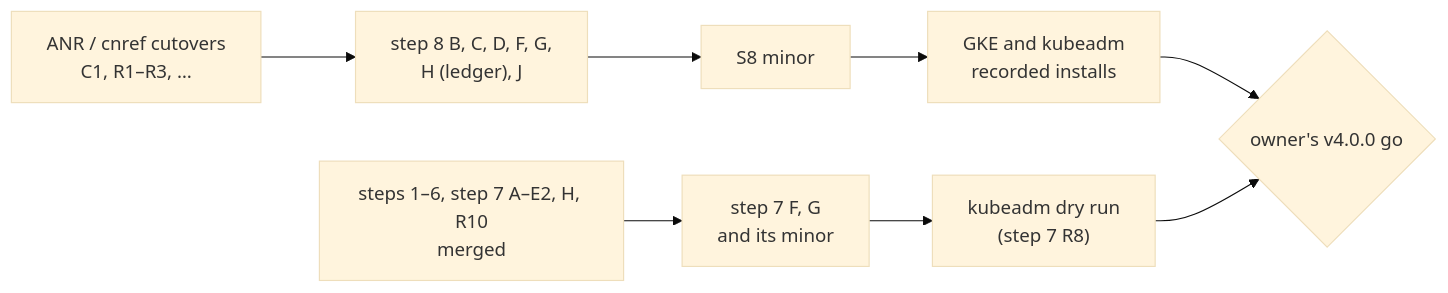
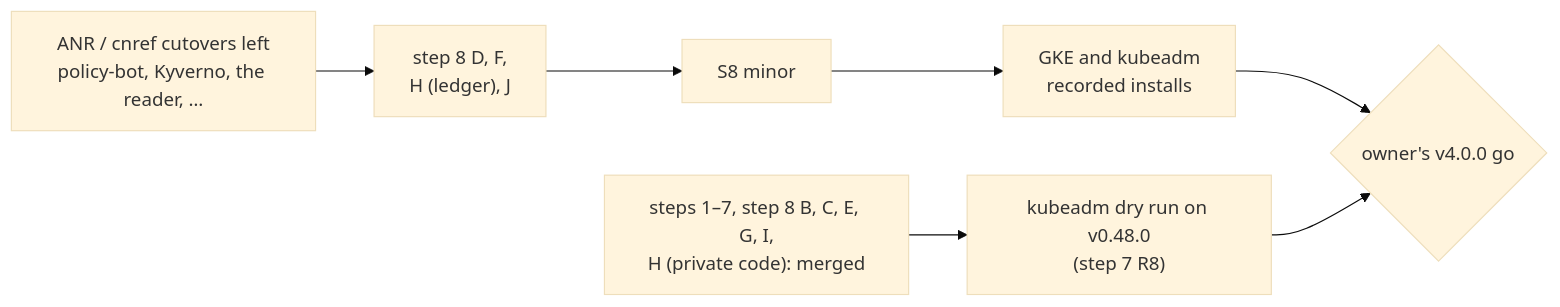
One commit to Smana/maku changed the diagram in docs/v4-readiness.md. Above: the diagram before and after it, drawn with Mermaid (base theme). The commit also changed other lines of this file and 18 other files, not shown here.

First line of the commit message:
feat(broker)!: v4 step 8 PR H's ledger half, an unreadable ledger refused (D9, R10) (#579)

````diff
--- a/docs/v4-readiness.md
+++ b/docs/v4-readiness.md
@@ -13,10 +13,9 @@
 ```mermaid
 flowchart LR
-  s17["steps 1–6, step 7 A–E2, H, R10<br/>merged"] --> s7rest["step 7 F, G<br/>and its minor"]
-  s7rest --> dry["kubeadm dry run<br/>(step 7 R8)"]
-  anr["ANR / cnref cutovers<br/>C1, R1–R3, …"] --> s8["step 8 B, C, D, F, G,<br/>H (ledger), J"]
+  s17["steps 1–7, step 8 B, C, E, G, I,<br/>H (private code): merged"] --> dry["kubeadm dry run on v0.48.0<br/>(step 7 R8)"]
+  anr["ANR / cnref cutovers left<br/>policy-bot, Kyverno, the reader, …"] --> s8["step 8 D, F,<br/>H (ledger), J"]
   s8 --> S8["S8 minor"]
   S8 --> live["GKE and kubeadm<br/>recorded installs"]
   live --> go{"owner's v4.0.0 go"}
   dry --> go
 ```
````
